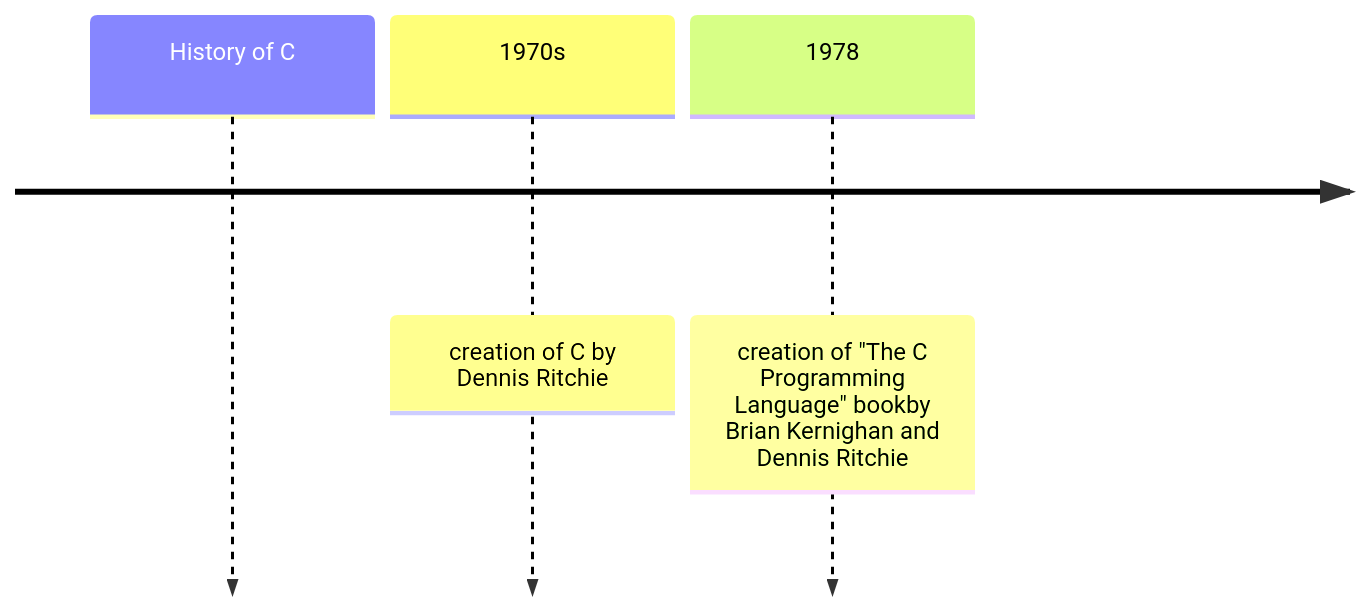
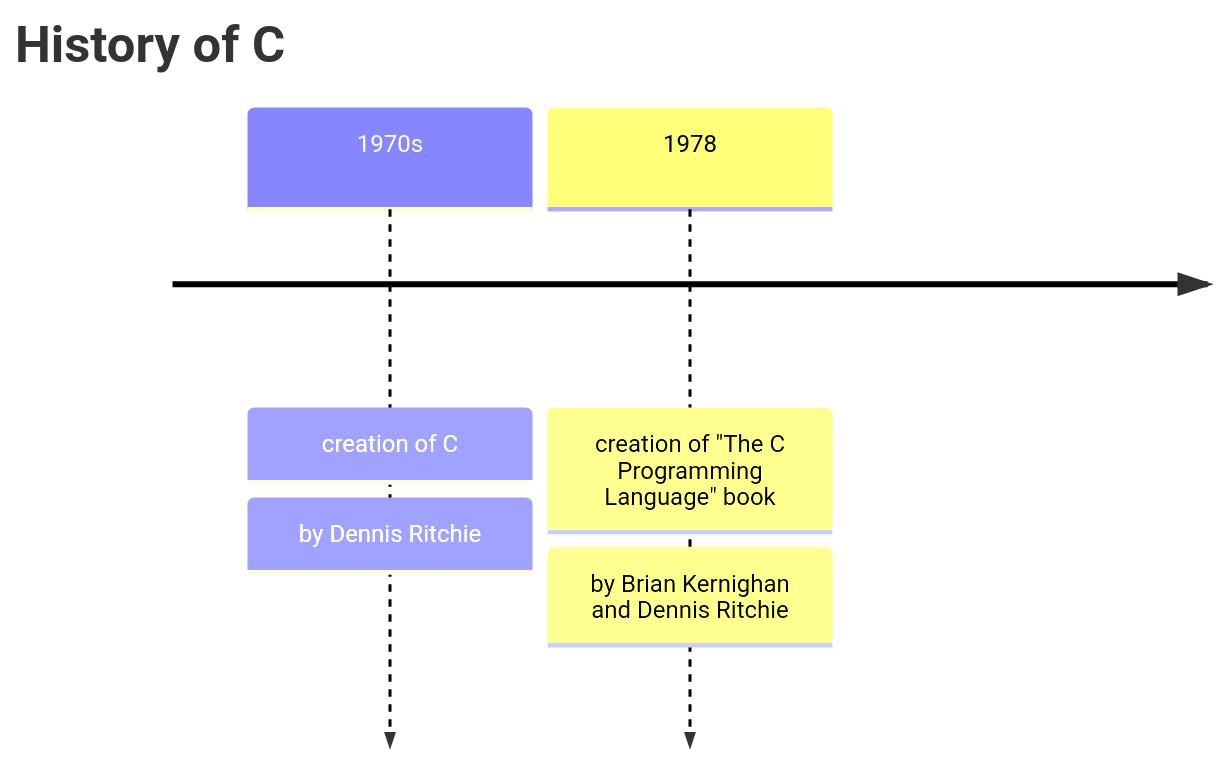
One commit to ProGamerXbox/ComputerScience changed the diagram in other projects/C_learning/history_of_c.md. Above: the diagram before and after it, drawn with Mermaid. The commit also changed other lines of this file, not shown here.

````diff
--- a/other projects/C_learning/history_of_c.md
+++ b/other projects/C_learning/history_of_c.md
@@ -3,8 +3,7 @@
 ```mermaid
 timeline
-    History of C
-
-    1970s : creation of C by Dennis Ritchie
-    1978 : creation of "The C Programming Language" bookby Brian Kernighan and Dennis Ritchie
+    title History of C
+    1970s : creation of C : by Dennis Ritchie
+    1978 : creation of "The C Programming Language" book : by Brian Kernighan and Dennis Ritchie
 
 ```
````
